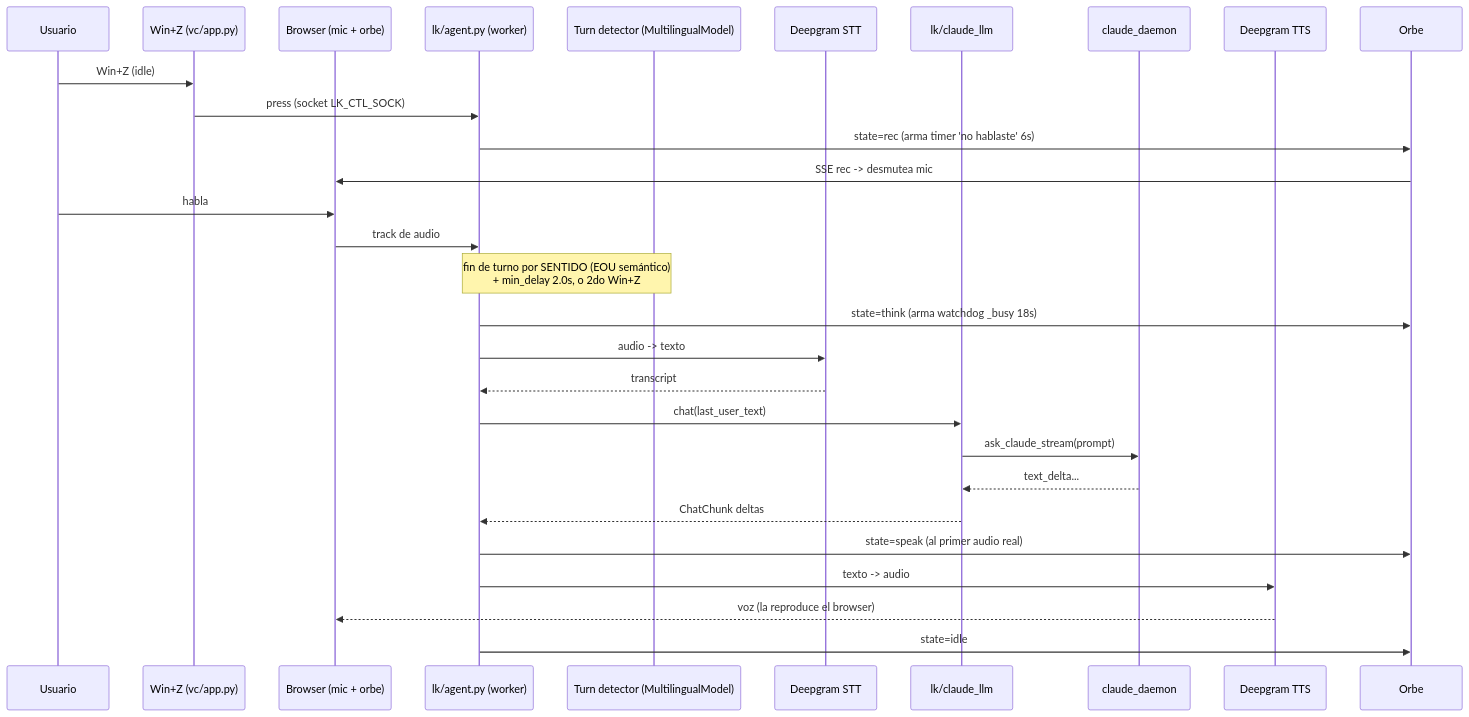
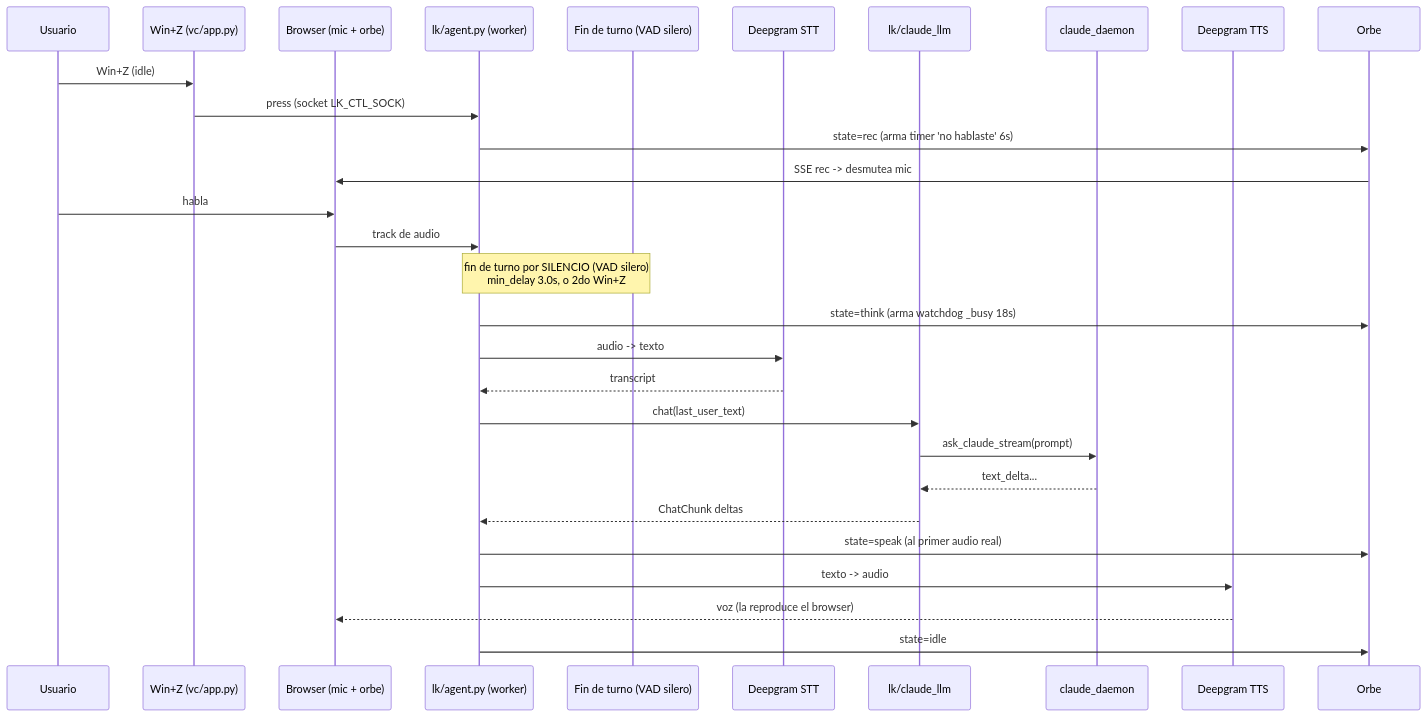
The diagram in docs/turn-flow.md (RenzoPS/saga), drawn with Mermaid before and after one commit. The commit also changed other lines of this file and 5 other files, not shown here.

First line of the commit message:
perf(ciclo7): U10 — turn detector semántico → VAD puro, libera ~1.8 GB RAM

````diff
--- a/docs/turn-flow.md
+++ b/docs/turn-flow.md
@@ -24,32 +25,32 @@
 ```mermaid
 sequenceDiagram
     participant U as Usuario
     participant K as Win+Z (vc/app.py)
     participant B as Browser (mic + orbe)
     participant A as lk/agent.py (worker)
-    participant TD as Turn detector (MultilingualModel)
+    participant TD as Fin de turno (VAD silero)
     participant DG as Deepgram STT
     participant L as lk/claude_llm
     participant CD as claude_daemon
     participant T as Deepgram TTS
     participant O as Orbe
 
     U->>K: Win+Z (idle)
     K->>A: press (socket LK_CTL_SOCK)
     A->>O: state=rec  (arma timer 'no hablaste' 6s)
     O->>B: SSE rec -> desmutea mic
     U->>B: habla
     B->>A: track de audio
-    Note over A,TD: fin de turno por SENTIDO (EOU semántico)<br/>+ min_delay 2.0s, o 2do Win+Z
+    Note over A,TD: fin de turno por SILENCIO (VAD silero)<br/>min_delay 3.0s, o 2do Win+Z
     A->>O: state=think  (arma watchdog _busy 18s)
     A->>DG: audio -> texto
     DG-->>A: transcript
     A->>L: chat(last_user_text)
     L->>CD: ask_claude_stream(prompt)
     CD-->>L: text_delta...
     L-->>A: ChatChunk deltas
     A->>O: state=speak (al primer audio real)
     A->>T: texto -> audio
     T-->>B: voz (la reproduce el browser)
     A->>O: state=idle
 ```
````
